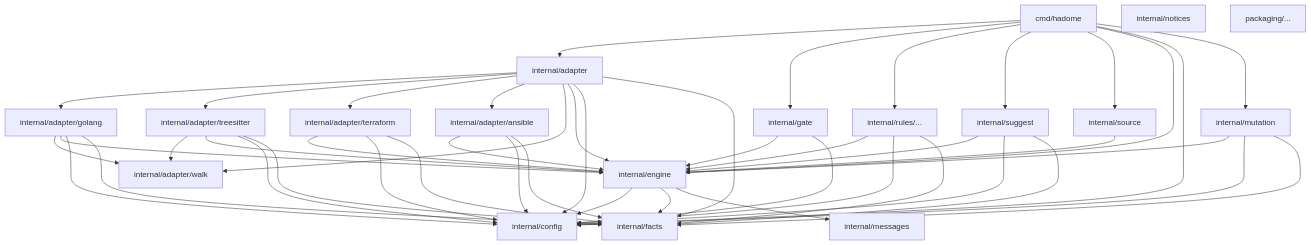
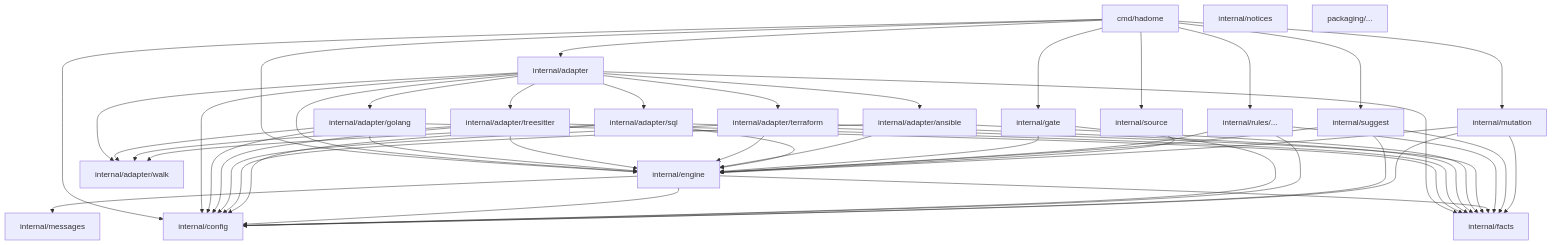
One commit to rerorets/hadome changed the diagram in docs/design/dependencies.ja.md. Above: the diagram before and after it, drawn with Mermaid. The commit also changed other lines of this file and 5 other files, not shown here.

Commit message:
The SQL adapter has a design for review: SQL objects in .sql files become symbols that SQL strings in tests call or read, across seven candidate dialects

````diff
--- a/docs/design/dependencies.ja.md
+++ b/docs/design/dependencies.ja.md
@@ -8,17 +8,17 @@
 ```mermaid
 flowchart TB
   cmd["cmd/hadome"] --> adapter["internal/adapter"] & gate["internal/gate"] & rules["internal/rules/..."]
   cmd --> suggest["internal/suggest"] & source["internal/source"] & engine["internal/engine"] & config["internal/config"]
   cmd --> mutation["internal/mutation"]
-  adapter --> golang["internal/adapter/golang"] & treesitter["internal/adapter/treesitter"] & terraform["internal/adapter/terraform"] & ansible["internal/adapter/ansible"]
-  adapter & golang & treesitter --> walk["internal/adapter/walk"]
-  adapter & golang & treesitter & terraform & ansible --> engine & config & facts["internal/facts"]
+  adapter --> golang["internal/adapter/golang"] & treesitter["internal/adapter/treesitter"] & terraform["internal/adapter/terraform"] & ansible["internal/adapter/ansible"] & sqladapter["internal/adapter/sql"]:::planned
+  adapter & golang & treesitter & sqladapter --> walk["internal/adapter/walk"]
+  adapter & golang & treesitter & terraform & ansible & sqladapter --> engine & config & facts["internal/facts"]
   engine --> config & facts & messages["internal/messages"]
   gate --> engine & config
   rules --> engine & config & facts
   suggest --> engine & config & facts
   source --> engine
   mutation --> engine & config & facts
   notices["internal/notices"]
   packaging["packaging/..."]
 ```
````
